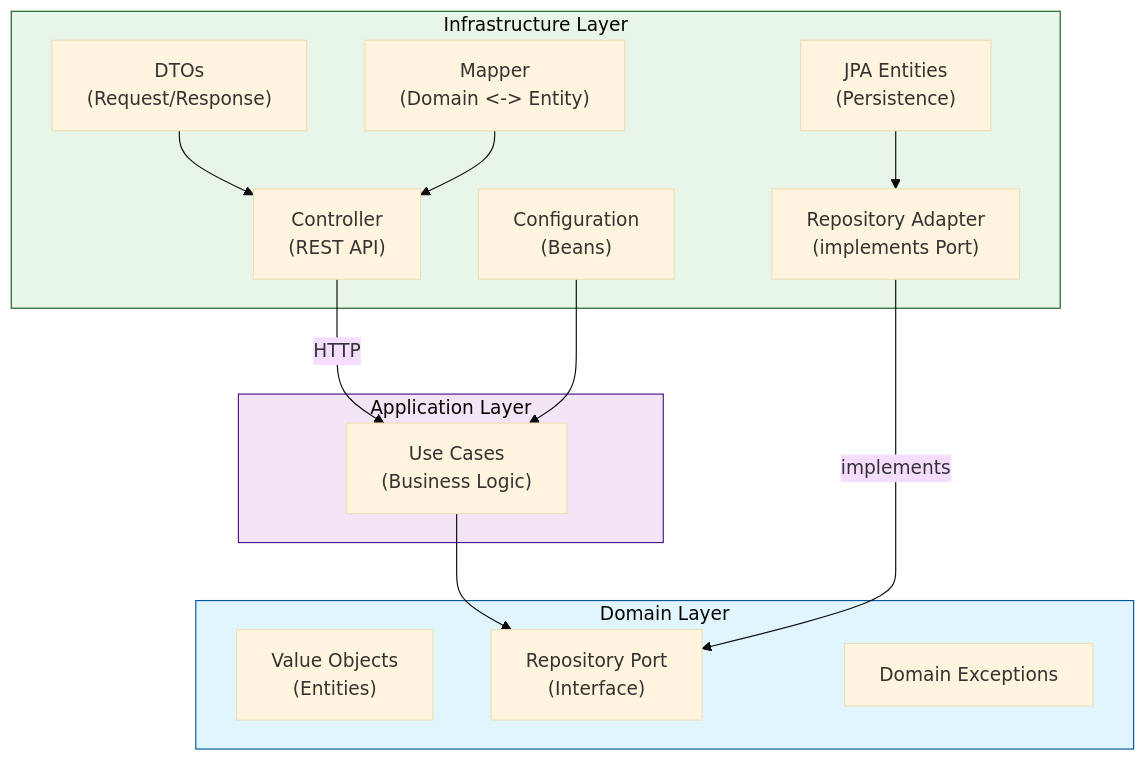
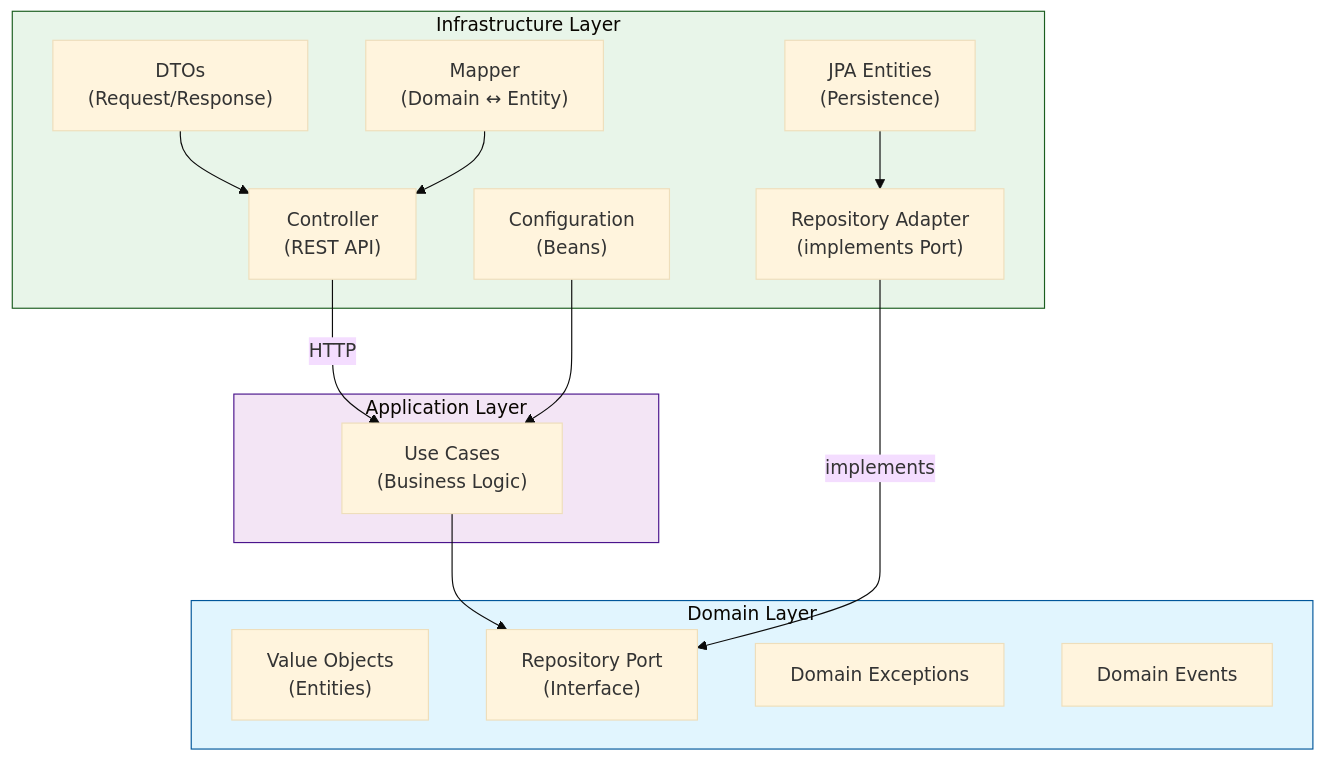
The first of 4 diagrams in README.md (EliteShopColombia/EliteShopOnlineBackend), drawn with Mermaid (base theme) before and after one commit. The commit also changed other lines of this file and 22 other files, not shown here.

````diff
--- a/README.md
+++ b/README.md
@@ -57,33 +76,34 @@
 ```mermaid
 graph TB
     subgraph Infrastructure["Infrastructure Layer"]
         Controller["Controller<br/>(REST API)"]
         DTO["DTOs<br/>(Request/Response)"]
-        Mapper["Mapper<br/>(Domain <-> Entity)"]
+        Mapper["Mapper<br/>(Domain ↔ Entity)"]
         Adapter["Repository Adapter<br/>(implements Port)"]
         Entity["JPA Entities<br/>(Persistence)"]
         Config["Configuration<br/>(Beans)"]
     end
 
     subgraph Application["Application Layer"]
         UseCase["Use Cases<br/>(Business Logic)"]
     end
 
     subgraph Domain["Domain Layer"]
         Model["Value Objects<br/>(Entities)"]
         Port["Repository Port<br/>(Interface)"]
         Exception["Domain Exceptions"]
+        Event["Domain Events"]
     end
 
     Controller -->|HTTP| UseCase
     DTO --> Controller
     Mapper --> Controller
     UseCase --> Port
     Adapter -->|implements| Port
     Entity --> Adapter
     Config --> UseCase
 
     style Domain fill:#e1f5fe,stroke:#01579b
     style Application fill:#f3e5f5,stroke:#4a148c
     style Infrastructure fill:#e8f5e9,stroke:#1b5e20
 ```
````
